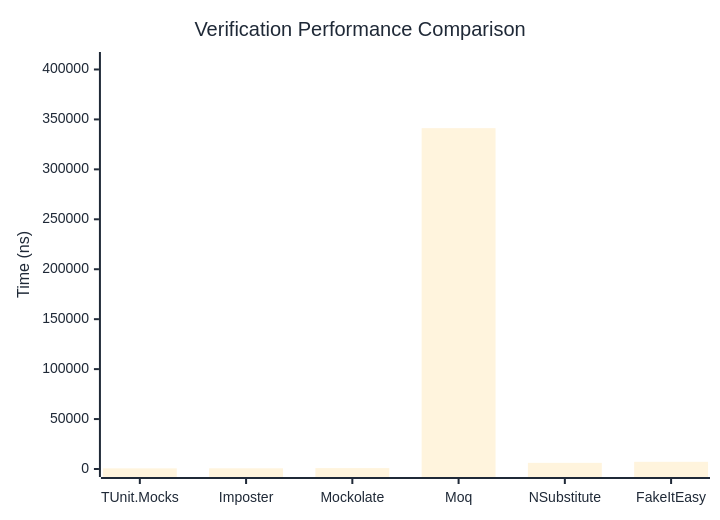
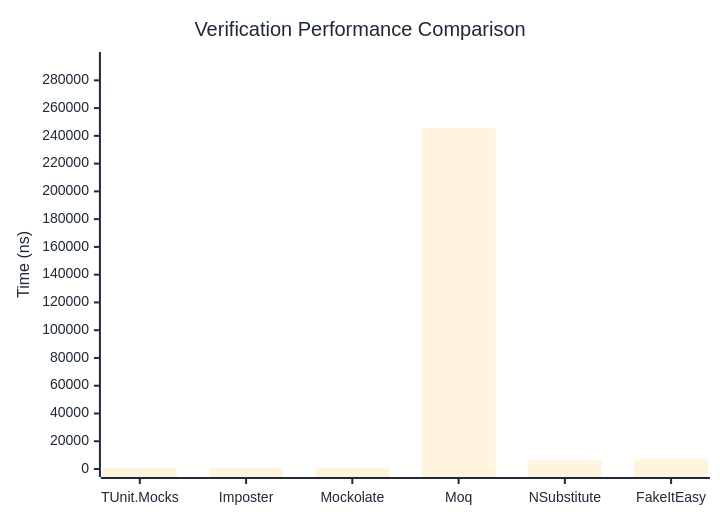
Before and after one commit to thomhurst/TUnit: the first of 3 diagrams in docs/docs/benchmarks/mocks/Verification.md, drawn with Mermaid. The commit also changed other lines of this file and 14 other files, not shown here.

````diff
--- a/docs/docs/benchmarks/mocks/Verification.md
+++ b/docs/docs/benchmarks/mocks/Verification.md
@@ -28,27 +28,27 @@
 ```mermaid
 %%{init: {
   'theme':'base',
   'themeVariables': {
     'primaryColor': '#2563eb',
     'primaryTextColor': '#1f2937',
     'primaryBorderColor': '#1e40af',
     'lineColor': '#6b7280',
     'secondaryColor': '#7c3aed',
     'tertiaryColor': '#dc2626',
     'background': '#ffffff',
     'pie1': '#2563eb',
     'pie2': '#7c3aed',
     'pie3': '#dc2626',
     'pie4': '#f59e0b',
     'pie5': '#10b981',
     'pie6': '#06b6d4',
     'pie7': '#ec4899',
     'pie8': '#6366f1'
   }
 }}%%
 xychart-beta
   title "Verification Performance Comparison"
   x-axis ["TUnit.Mocks", "Imposter", "Mockolate", "Moq", "NSubstitute", "FakeItEasy"]
-  y-axis "Time (ns)" 0 --> 409489
-  bar [645.97, 699.73, 899.04, 341240.49, 6167.33, 7174.88]
+  y-axis "Time (ns)" 0 --> 294658
+  bar [740.42, 692.96, 983.15, 245548.22, 6129.86, 6924.68]
 ```
````
